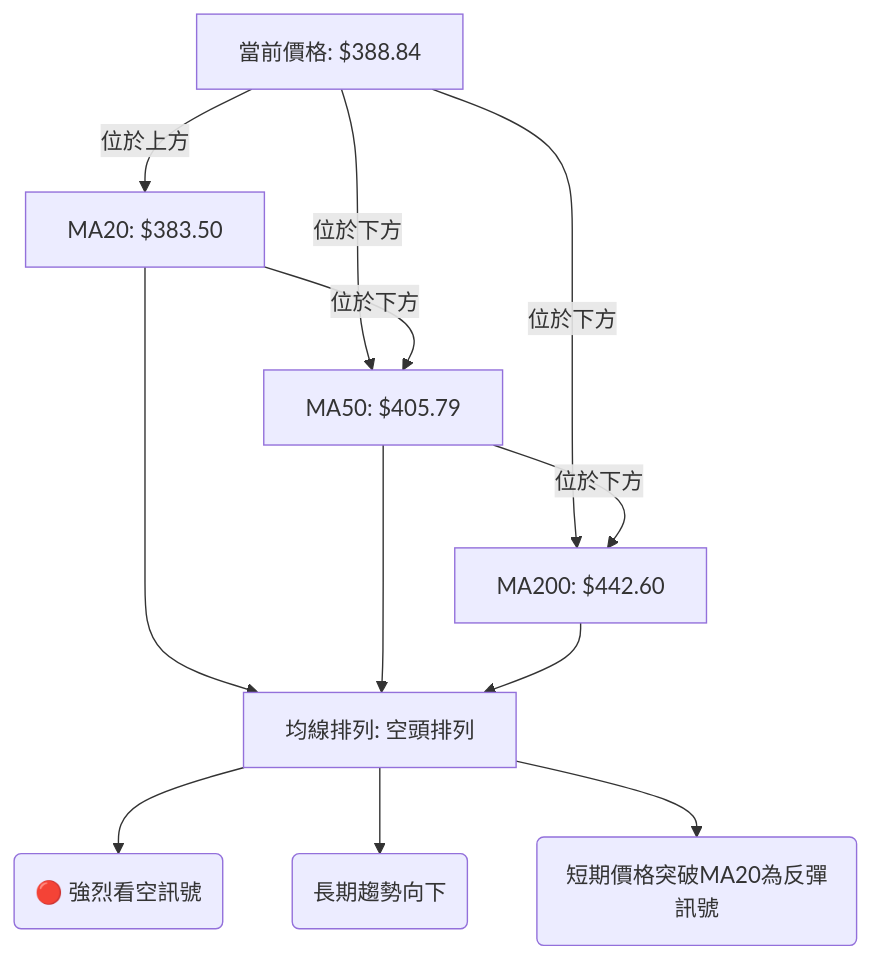
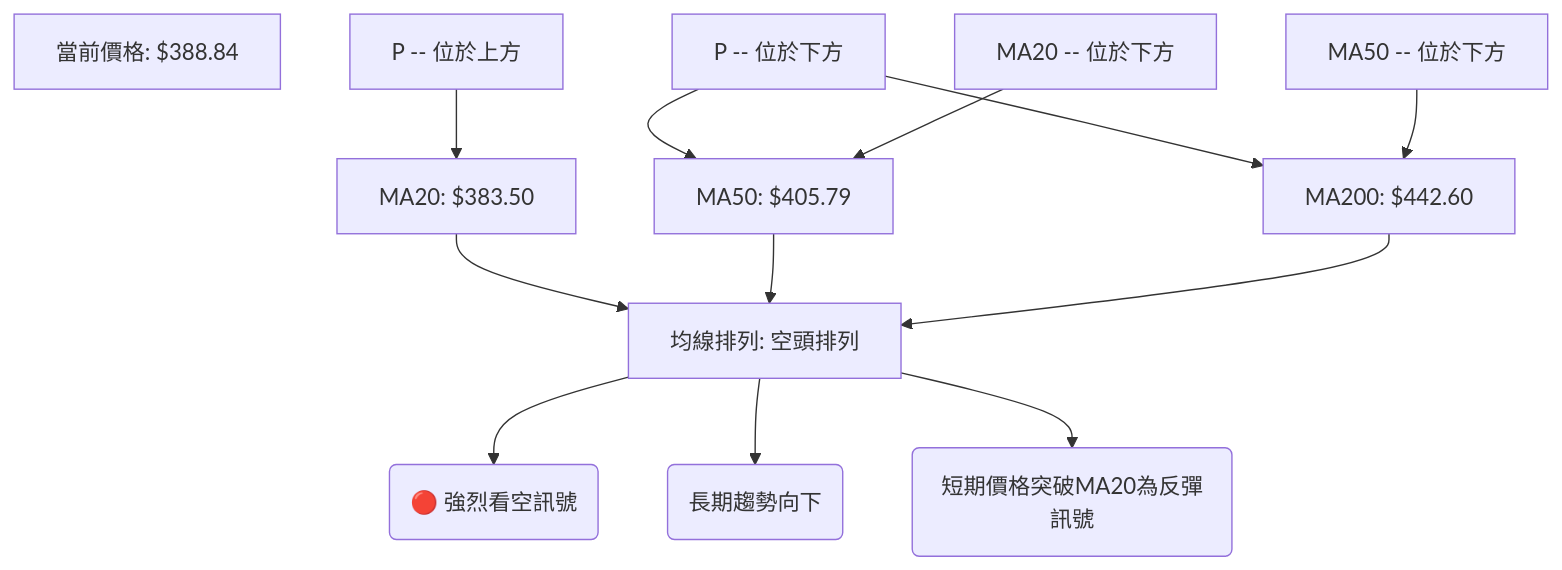
The sixth of 9 diagrams in ai_gen_report/stock/msft/technical_analysis_2026-07-07_gemini.md (yennanliu/finance_data), drawn with Mermaid before and after one commit. The commit also changed other lines of this file and 2258 other files, not shown here.

First line of the commit message:
chore: backfill Mermaid syntax repair across existing reports

````diff
--- a/ai_gen_report/stock/msft/technical_analysis_2026-07-07_gemini.md
+++ b/ai_gen_report/stock/msft/technical_analysis_2026-07-07_gemini.md
@@ -551,24 +551,24 @@
 ```mermaid
 graph TD
-    P[當前價格: $388.84]
+    P["當前價格: $388.84"]
 
-    MA20[MA20: $383.50]
-    MA50[MA50: $405.79]
-    MA200[MA200: $442.60]
+    MA20["MA20: $383.50"]
+    MA50["MA50: $405.79"]
+    MA200["MA200: $442.60"]
 
-    P -- 位於上方 --> MA20
-    P -- 位於下方 --> MA50
-    P -- 位於下方 --> MA200
+    nb1["P -- 位於上方"] --> MA20
+    nb2["P -- 位於下方"] --> MA50
+    nb2["P -- 位於下方"] --> MA200
 
-    MA20 -- 位於下方 --> MA50
-    MA50 -- 位於下方 --> MA200
+    nb3["MA20 -- 位於下方"] --> MA50
+    nb4["MA50 -- 位於下方"] --> MA200
 
-    MA_ALIGNMENT[均線排列: 空頭排列]
+    MA_ALIGNMENT["均線排列: 空頭排列"]
     MA20 --> MA_ALIGNMENT
     MA50 --> MA_ALIGNMENT
     MA200 --> MA_ALIGNMENT
 
-    MA_ALIGNMENT --> BEARISH_SIGNAL(🔴 強烈看空訊號)
-    MA_ALIGNMENT --> LONG_TERM_DOWN(長期趨勢向下)
-    MA_ALIGNMENT --> SHORT_TERM_BOUNCE(短期價格突破MA20為反彈訊號)
+    MA_ALIGNMENT --> BEARISH_SIGNAL("🔴 強烈看空訊號")
+    MA_ALIGNMENT --> LONG_TERM_DOWN("長期趨勢向下")
+    MA_ALIGNMENT --> SHORT_TERM_BOUNCE("短期價格突破MA20為反彈訊號")
 ```
````
